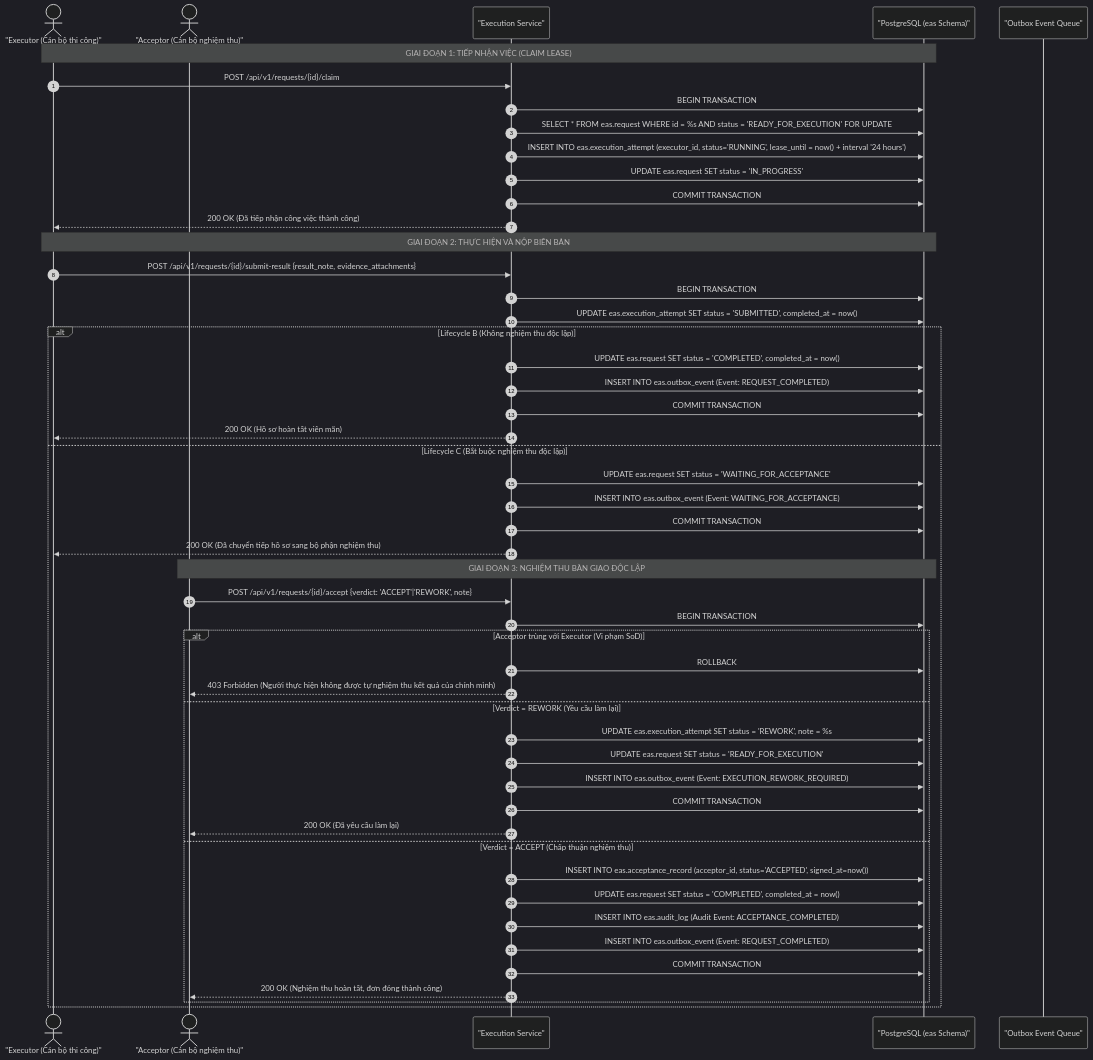
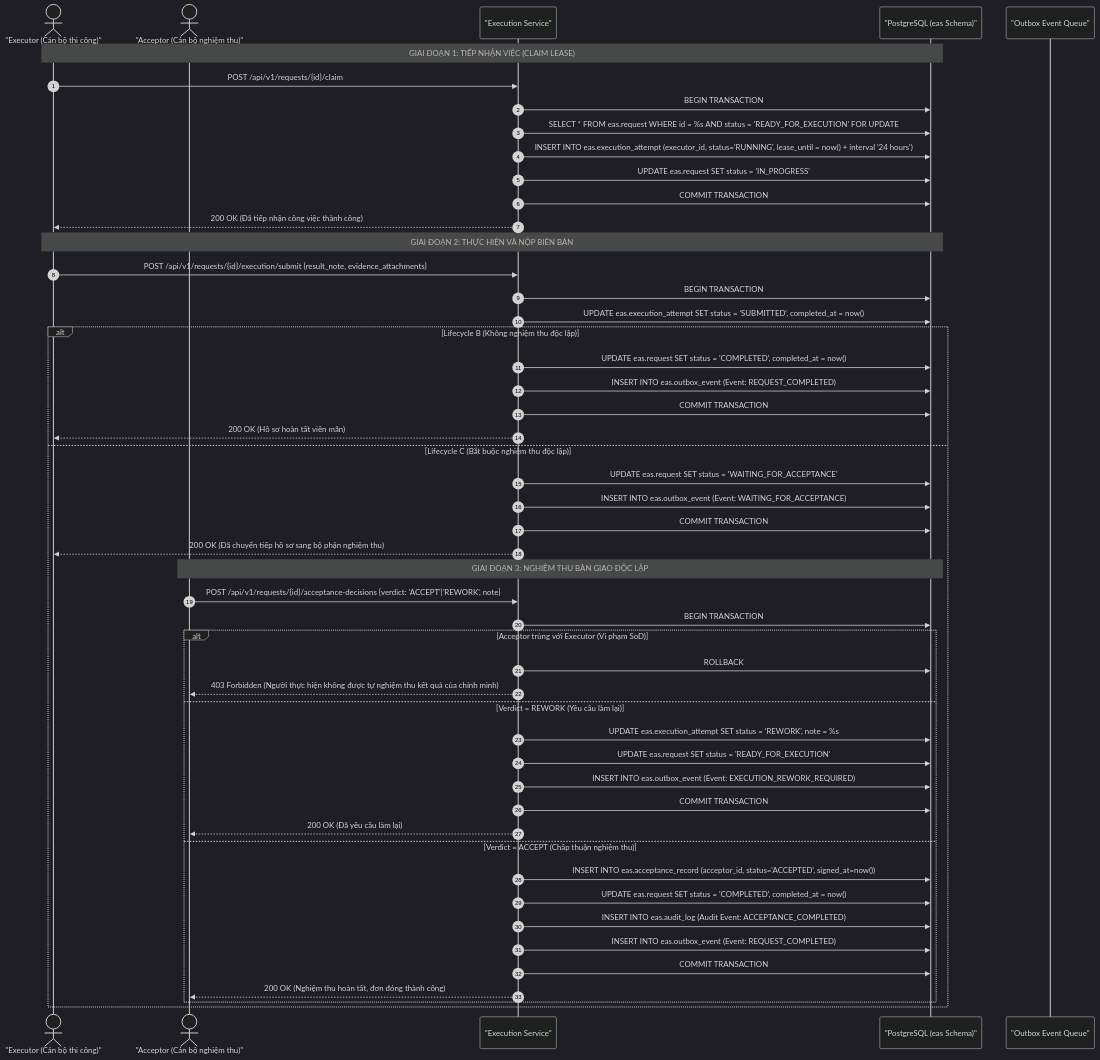
One commit to PhanQuangHuy2310/DATN changed the sixth of 22 diagrams in workspace/analysis_design/04_SO_DO_SEQUENCE.md. Above: the diagram before and after it, drawn with Mermaid (dark theme). The commit also changed other lines of this file and 176 other files, not shown here.

First line of the commit message:
feat: external systems via API, schema v2, security fixes and E2E-verified UI

````diff
--- a/workspace/analysis_design/04_SO_DO_SEQUENCE.md
+++ b/workspace/analysis_design/04_SO_DO_SEQUENCE.md
@@ -251,56 +251,56 @@
 ```mermaid
 sequenceDiagram
     autonumber
     actor Exe as "Executor (Cán bộ thi công)"
     actor Acc as "Acceptor (Cán bộ nghiệm thu)"
     participant Core as "Execution Service"
     participant DB as "PostgreSQL (eas Schema)"
     participant Outbox as "Outbox Event Queue"
 
     Note over Exe,DB: GIAI ĐOẠN 1: TIẾP NHẬN VIỆC (CLAIM LEASE)
     Exe->>Core: POST /api/v1/requests/{id}/claim
     Core->>DB: BEGIN TRANSACTION
     Core->>DB: SELECT * FROM eas.request WHERE id = %s AND status = 'READY_FOR_EXECUTION' FOR UPDATE
     Core->>DB: INSERT INTO eas.execution_attempt (executor_id, status='RUNNING', lease_until = now() + interval '24 hours')
     Core->>DB: UPDATE eas.request SET status = 'IN_PROGRESS'
     Core->>DB: COMMIT TRANSACTION
     Core-->>Exe: 200 OK (Đã tiếp nhận công việc thành công)
 
     Note over Exe,DB: GIAI ĐOẠN 2: THỰC HIỆN VÀ NỘP BIÊN BẢN
-    Exe->>Core: POST /api/v1/requests/{id}/submit-result {result_note, evidence_attachments}
+    Exe->>Core: POST /api/v1/requests/{id}/execution/submit {result_note, evidence_attachments}
     Core->>DB: BEGIN TRANSACTION
     Core->>DB: UPDATE eas.execution_attempt SET status = 'SUBMITTED', completed_at = now()
     
     alt Lifecycle B (Không nghiệm thu độc lập)
         Core->>DB: UPDATE eas.request SET status = 'COMPLETED', completed_at = now()
         Core->>DB: INSERT INTO eas.outbox_event (Event: REQUEST_COMPLETED)
         Core->>DB: COMMIT TRANSACTION
         Core-->>Exe: 200 OK (Hồ sơ hoàn tất viên mãn)
     else Lifecycle C (Bắt buộc nghiệm thu độc lập)
         Core->>DB: UPDATE eas.request SET status = 'WAITING_FOR_ACCEPTANCE'
         Core->>DB: INSERT INTO eas.outbox_event (Event: WAITING_FOR_ACCEPTANCE)
         Core->>DB: COMMIT TRANSACTION
         Core-->>Exe: 200 OK (Đã chuyển tiếp hồ sơ sang bộ phận nghiệm thu)
 
         Note over Acc,DB: GIAI ĐOẠN 3: NGHIỆM THU BÀN GIAO ĐỘC LẬP
-        Acc->>Core: POST /api/v1/requests/{id}/accept {verdict: 'ACCEPT'|'REWORK', note}
+        Acc->>Core: POST /api/v1/requests/{id}/acceptance-decisions {verdict: 'ACCEPT'|'REWORK', note}
         Core->>DB: BEGIN TRANSACTION
         alt Acceptor trùng với Executor (Vi phạm SoD)
             Core->>DB: ROLLBACK
             Core-->>Acc: 403 Forbidden (Người thực hiện không được tự nghiệm thu kết quả của chính mình)
         else Verdict = REWORK (Yêu cầu làm lại)
             Core->>DB: UPDATE eas.execution_attempt SET status = 'REWORK', note = %s
             Core->>DB: UPDATE eas.request SET status = 'READY_FOR_EXECUTION'
             Core->>DB: INSERT INTO eas.outbox_event (Event: EXECUTION_REWORK_REQUIRED)
             Core->>DB: COMMIT TRANSACTION
             Core-->>Acc: 200 OK (Đã yêu cầu làm lại)
         else Verdict = ACCEPT (Chấp thuận nghiệm thu)
             Core->>DB: INSERT INTO eas.acceptance_record (acceptor_id, status='ACCEPTED', signed_at=now())
             Core->>DB: UPDATE eas.request SET status = 'COMPLETED', completed_at = now()
             Core->>DB: INSERT INTO eas.audit_log (Audit Event: ACCEPTANCE_COMPLETED)
             Core->>DB: INSERT INTO eas.outbox_event (Event: REQUEST_COMPLETED)
             Core->>DB: COMMIT TRANSACTION
             Core-->>Acc: 200 OK (Nghiệm thu hoàn tất, đơn đóng thành công)
         end
     end
 ```
````
